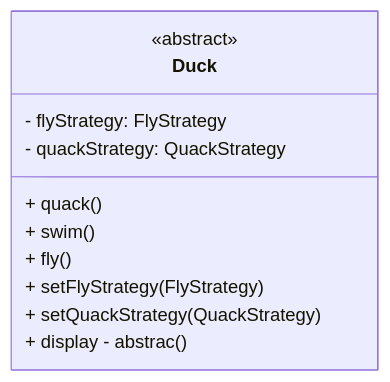
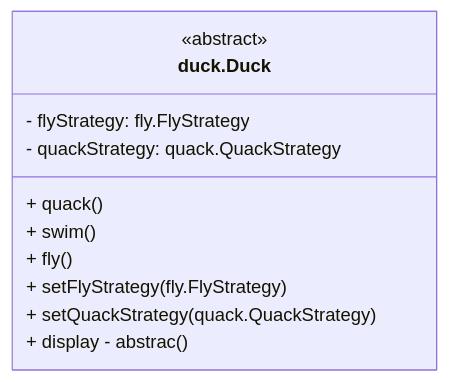
Before and after one commit to Dltmd202/Java-Spring-Study: the seventh of 8 diagrams in oop/strategyPattern/README.md, drawn with Mermaid. The commit also changed other lines of this file and 37 other files, not shown here.

````diff
--- a/oop/strategyPattern/README.md
+++ b/oop/strategyPattern/README.md
@@ -240,14 +240,14 @@
 ```mermaid
 classDiagram
-class Duck{
+class duck.Duck{
     <<abstract>>
-    - flyStrategy: FlyStrategy
-    - quackStrategy: QuackStrategy
+    - flyStrategy: fly.FlyStrategy
+    - quackStrategy: quack.QuackStrategy
     + quack()
     + swim()
     + fly()
-    + setFlyStrategy(FlyStrategy)
-    + setQuackStrategy(QuackStrategy)
+    + setFlyStrategy(fly.FlyStrategy)
+    + setQuackStrategy(quack.QuackStrategy)
     + display - abstrac ()
 }
 ```
````
